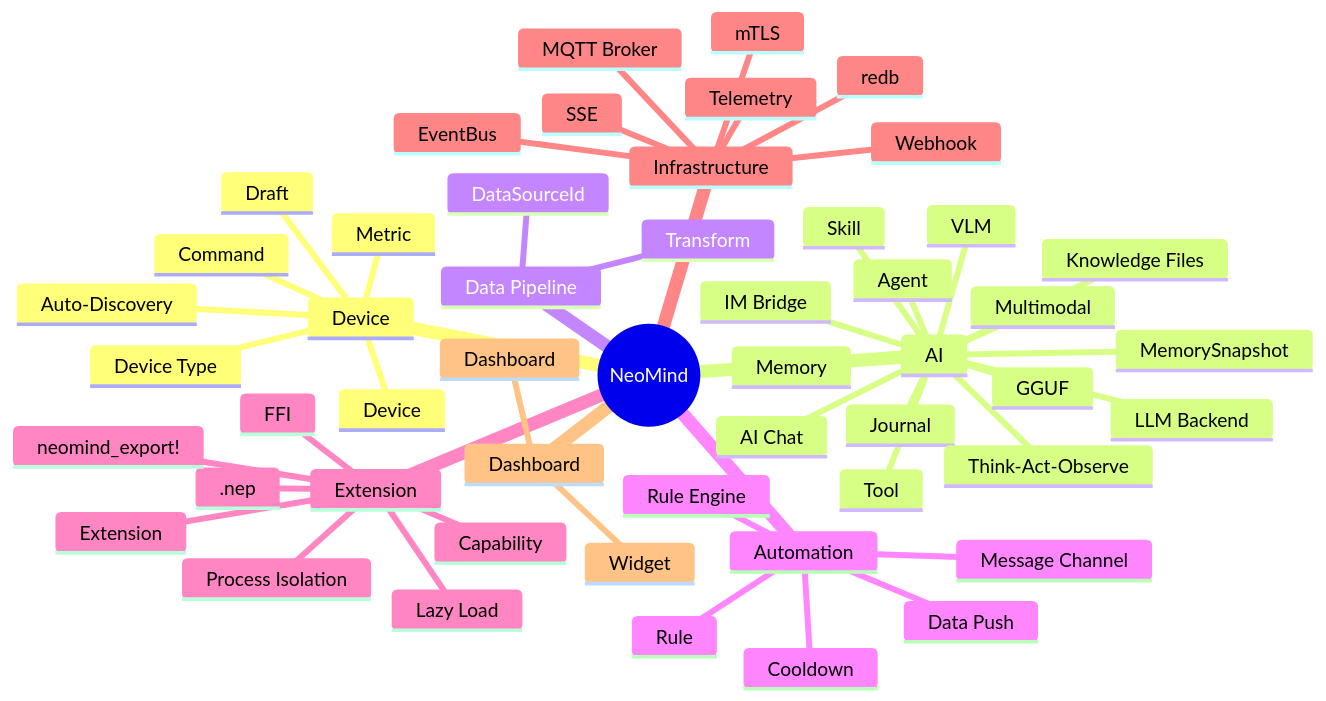
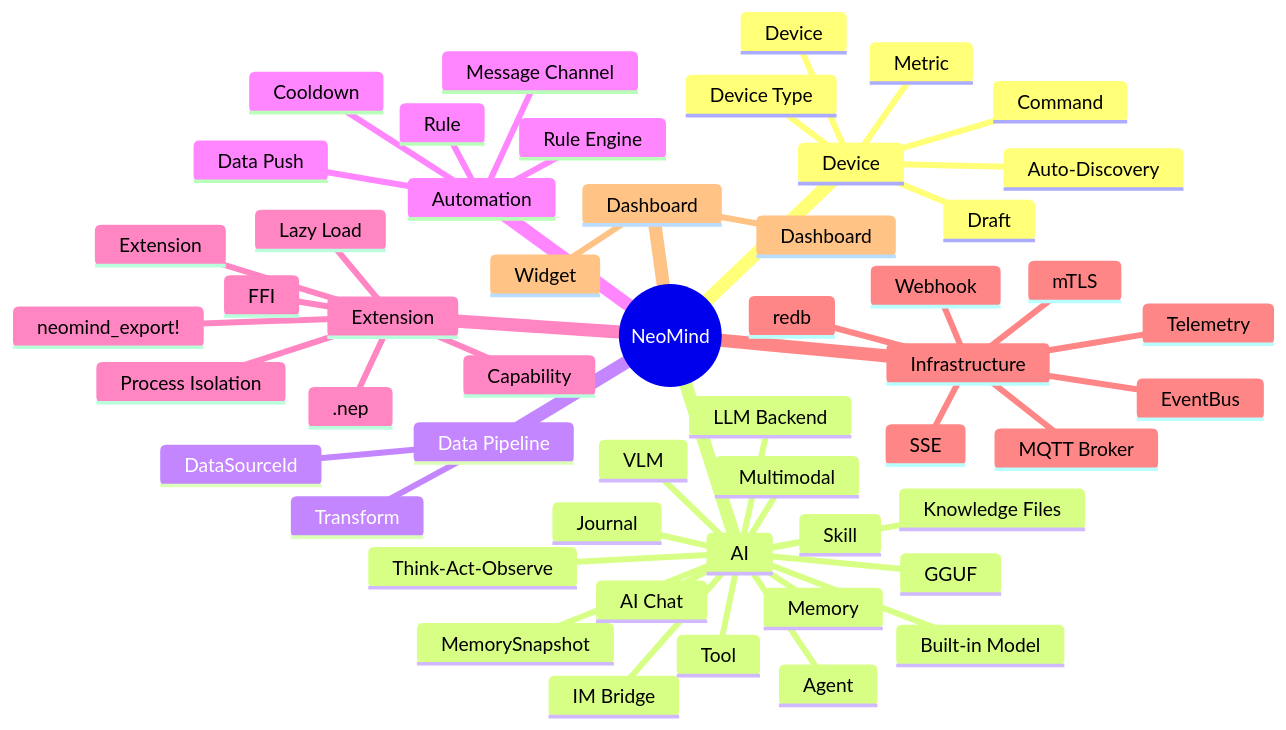
Before and after one commit to camthink-ai/wiki-documents: the first of 2 diagrams in docs/0-neomind/concepts/1-glossary.md, drawn with Mermaid. The commit also changed other lines of this file and 89 other files, not shown here.

````diff
--- a/docs/0-neomind/concepts/1-glossary.md
+++ b/docs/0-neomind/concepts/1-glossary.md
@@ -25,54 +25,55 @@
 ```mermaid
 mindmap
   root((NeoMind))
     Device
       Device
       Device Type
       Auto-Discovery
       Draft
       Metric
       Command
     AI
       LLM Backend
+      Built-in Model
       GGUF
       AI Chat
       IM Bridge
       Agent
       Tool
       Memory
       MemorySnapshot
       Journal
       Knowledge Files
       Think-Act-Observe
       Skill
       Multimodal
       VLM
     Data Pipeline
       Transform
       DataSourceId
     Automation
       Rule
       Rule Engine
       Cooldown
       Message Channel
       Data Push
     Extension
       Extension
       Capability
       FFI
       .nep
       neomind_export!
       Process Isolation
       Lazy Load
     Infrastructure
       EventBus
       MQTT Broker
       mTLS
       Telemetry
       redb
       Webhook
       SSE
     Dashboard
       Dashboard
       Widget
 ```
````
